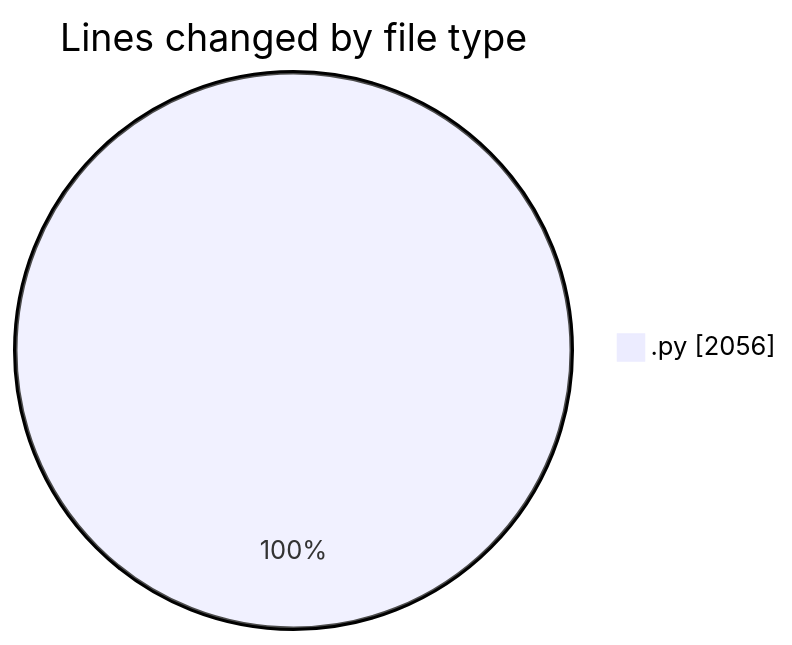
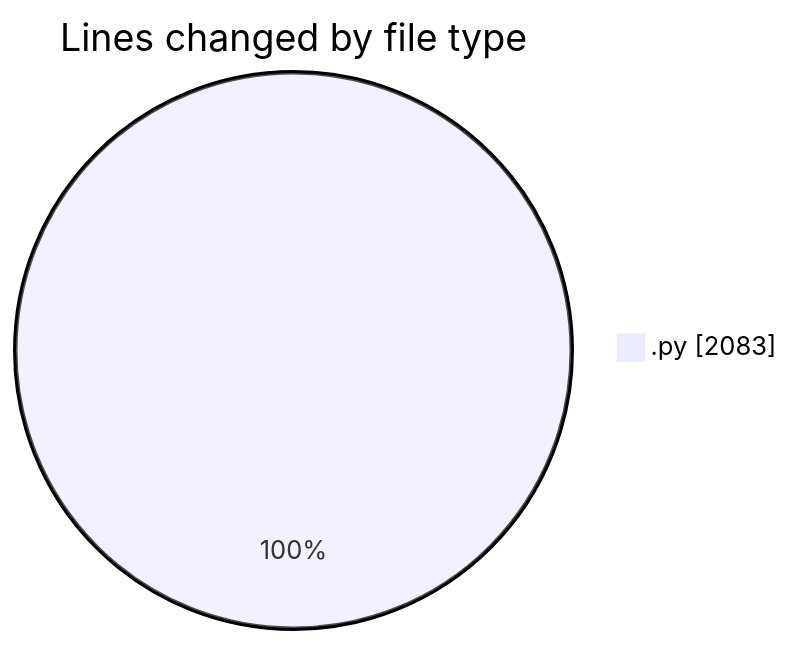
Before and after one commit to MatusMokan/code-tracking: the first of 2 diagrams in 2025-04-12/myws__workspace_/README.md, drawn with Mermaid. The commit also changed other lines of this file and 1 other file, not shown here.

````diff
--- a/2025-04-12/myws__workspace_/README.md
+++ b/2025-04-12/myws__workspace_/README.md
@@ -22,5 +22,5 @@
 ```mermaid
 pie showData
 title Lines changed by file type
-".py" : 2056
+".py" : 2083
 ```
````
